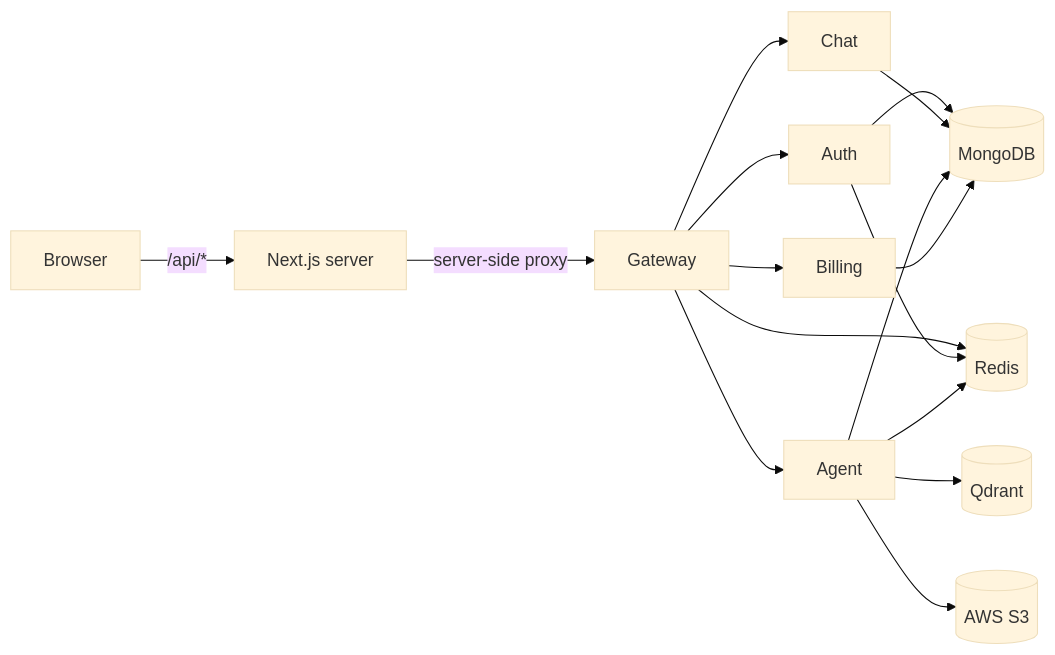
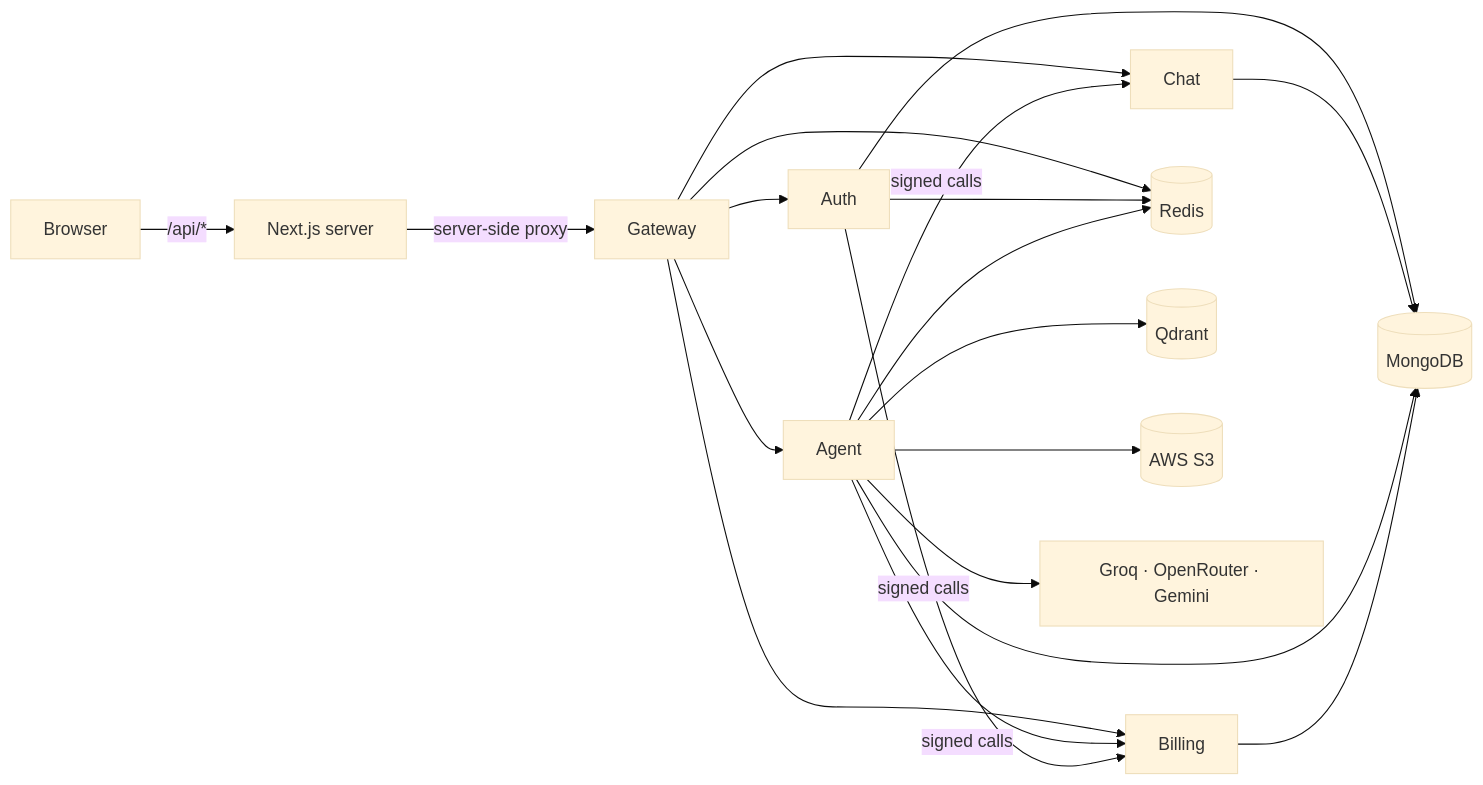
Before and after one commit to nayan-ingale/gilder-ai: the diagram in README.md, drawn with Mermaid (base theme). The commit also changed other lines of this file and 7 other files, not shown here.

````diff
--- a/README.md
+++ b/README.md
@@ -20,10 +30,13 @@
 ```mermaid
 flowchart LR
   B[Browser] -- "/api/*" --> N[Next.js server]
   N -- "server-side proxy" --> G[Gateway]
   G --> A[Auth] & C[Chat] & AG[Agent] & BI[Billing]
+  AG -- "signed calls" --> C & BI
+  A -- "signed calls" --> BI
   A & C & AG & BI --> M[(MongoDB)]
   G & A & AG --> R[(Redis)]
   AG --> Q[(Qdrant)]
   AG --> S3[(AWS S3)]
+  AG --> LLM[Groq · OpenRouter · Gemini]
 ```
````
